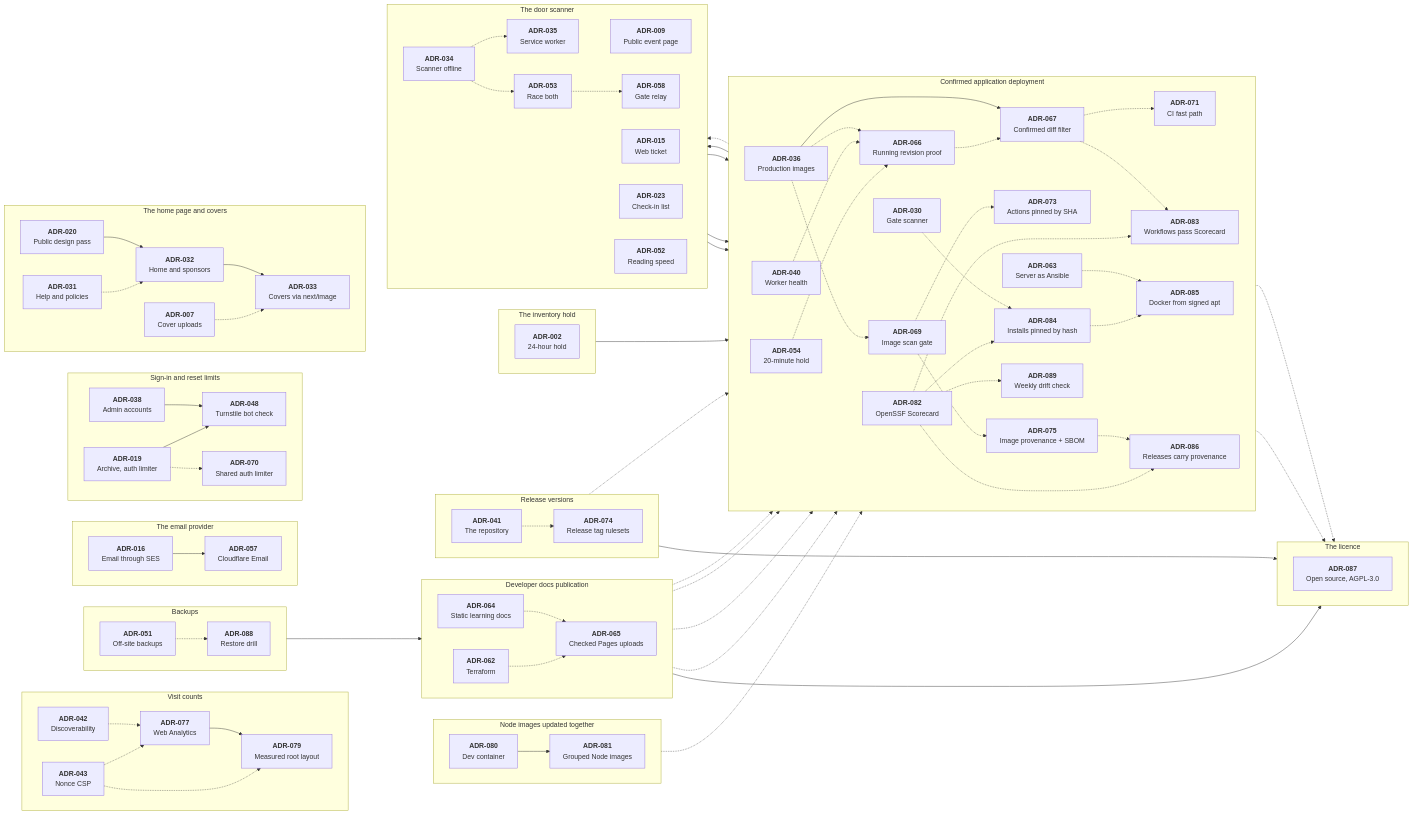
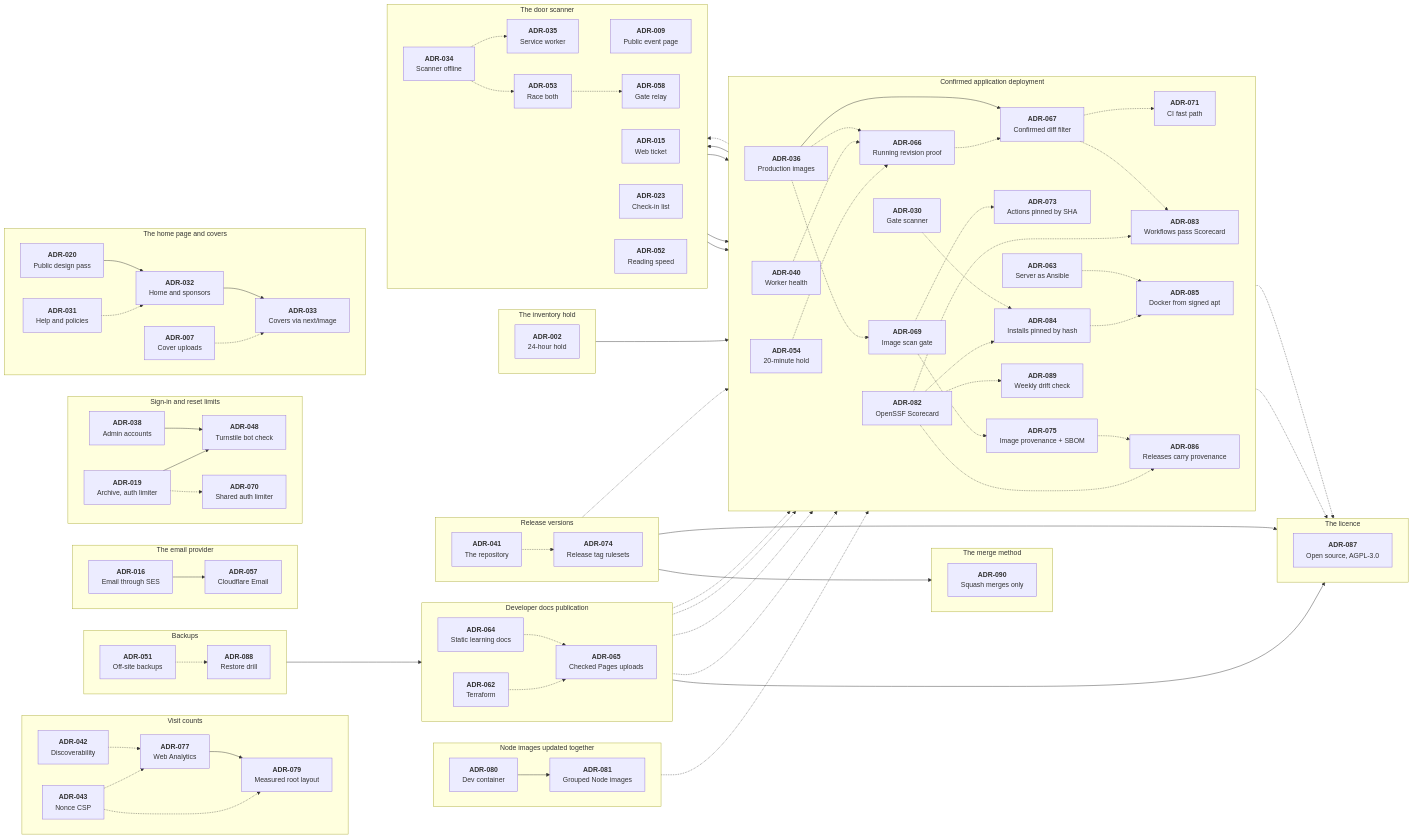
One commit to Ashfak-Hossain/EchoAndAura changed the diagram in docs/decisions/README.md. Above: the diagram before and after it, drawn with Mermaid. The commit also changed other lines of this file and 8 other files, not shown here.

First line of the commit message:
chore(repo): squash merges only (#148)

```diff
--- a/docs/decisions/README.md
+++ b/docs/decisions/README.md
@@ -176,6 +176,13 @@
         a082 -.-> a087
     end
 
+    subgraph mergemethod ["The merge method"]
+        direction LR
+        a090["`**ADR-090**
+        Squash merges only`"]
+        a041 --> a090
+    end
+
     subgraph mail ["The email provider"]
         direction LR
         a016["`**ADR-016**
```
